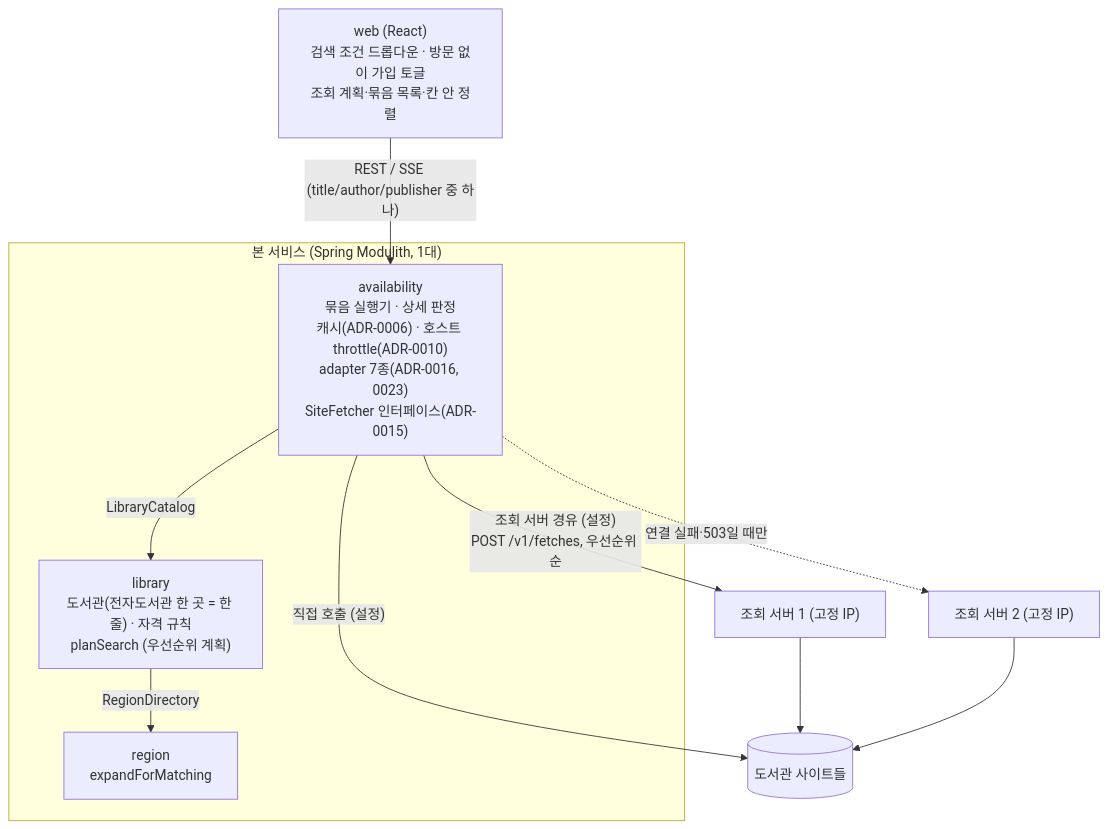
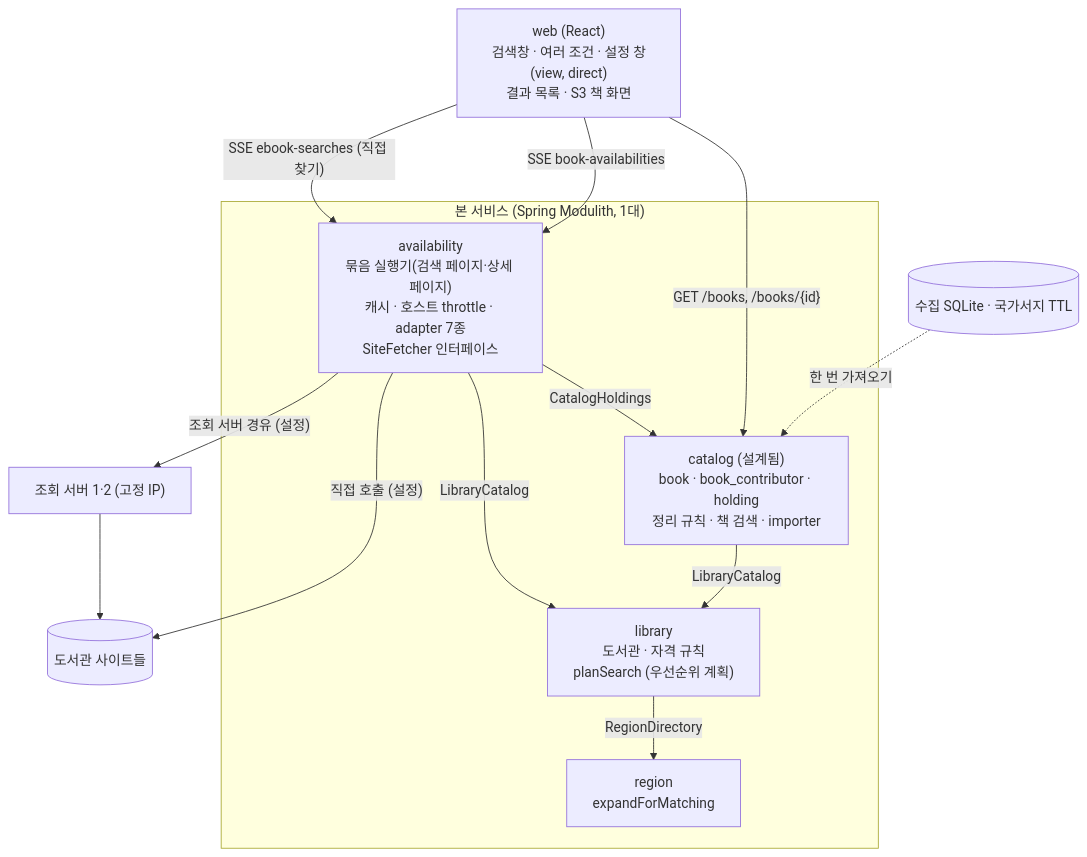
Before and after one commit to hodu-sketch/chaekcheck-plan: the first of 2 diagrams in docs/current/module-map.md, drawn with Mermaid. The commit also changed other lines of this file and 3 other files, not shown here.

````diff
--- a/docs/current/module-map.md
+++ b/docs/current/module-map.md
@@ -20,16 +21,21 @@
 ```mermaid
 flowchart TB
-  web["web (React)<br/>검색 조건 드롭다운 · 방문 없이 가입 토글<br/>조회 계획·묶음 목록·칸 안 정렬"] -->|"REST / SSE (title/author/publisher 중 하나)"| availability
+  web["web (React)<br/>검색창 · 여러 조건 · 설정 창(view, direct)<br/>결과 목록 · S3 책 화면"]
   subgraph main["본 서비스 (Spring Modulith, 1대)"]
-    availability["availability<br/>묶음 실행기 · 상세 판정<br/>캐시(ADR-0006) · 호스트 throttle(ADR-0010)<br/>adapter 7종(ADR-0016, 0023)<br/>SiteFetcher 인터페이스(ADR-0015)"]
-    library["library<br/>도서관(전자도서관 한 곳 = 한 줄) · 자격 규칙<br/>planSearch (우선순위 계획)"]
+    catalog["catalog (설계됨)<br/>book · book_contributor · holding<br/>정리 규칙 · 책 검색 · importer"]
+    availability["availability<br/>묶음 실행기(검색 페이지·상세 페이지)<br/>캐시 · 호스트 throttle · adapter 7종<br/>SiteFetcher 인터페이스"]
+    library["library<br/>도서관 · 자격 규칙<br/>planSearch (우선순위 계획)"]
     region["region<br/>expandForMatching"]
+    catalog -->|"LibraryCatalog"| library
+    availability -->|"CatalogHoldings"| catalog
     availability -->|"LibraryCatalog"| library
     library -->|"RegionDirectory"| region
   end
+  web -->|"GET /books, /books/{id}"| catalog
+  web -->|"SSE book-availabilities"| availability
+  web -->|"SSE ebook-searches (직접 찾기)"| availability
   availability -->|"직접 호출 (설정)"| sites[("도서관 사이트들")]
-  availability -->|"조회 서버 경유 (설정)<br/>POST /v1/fetches, 우선순위 순"| fetch1["조회 서버 1 (고정 IP)"]
-  availability -.->|"연결 실패·503일 때만"| fetch2["조회 서버 2 (고정 IP)"]
+  availability -->|"조회 서버 경유 (설정)"| fetch1["조회 서버 1·2 (고정 IP)"]
   fetch1 --> sites
-  fetch2 --> sites
+  src[("수집 SQLite · 국가서지 TTL")] -.->|"한 번 가져오기"| catalog
 ```
````
